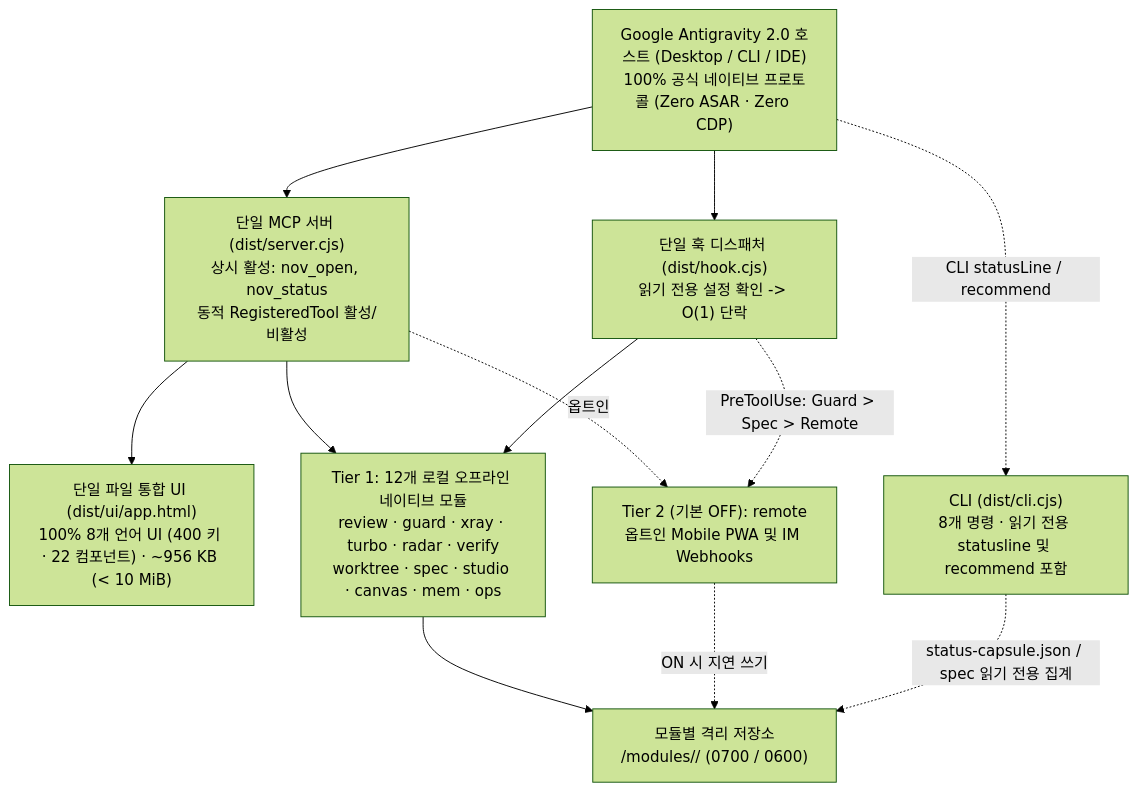
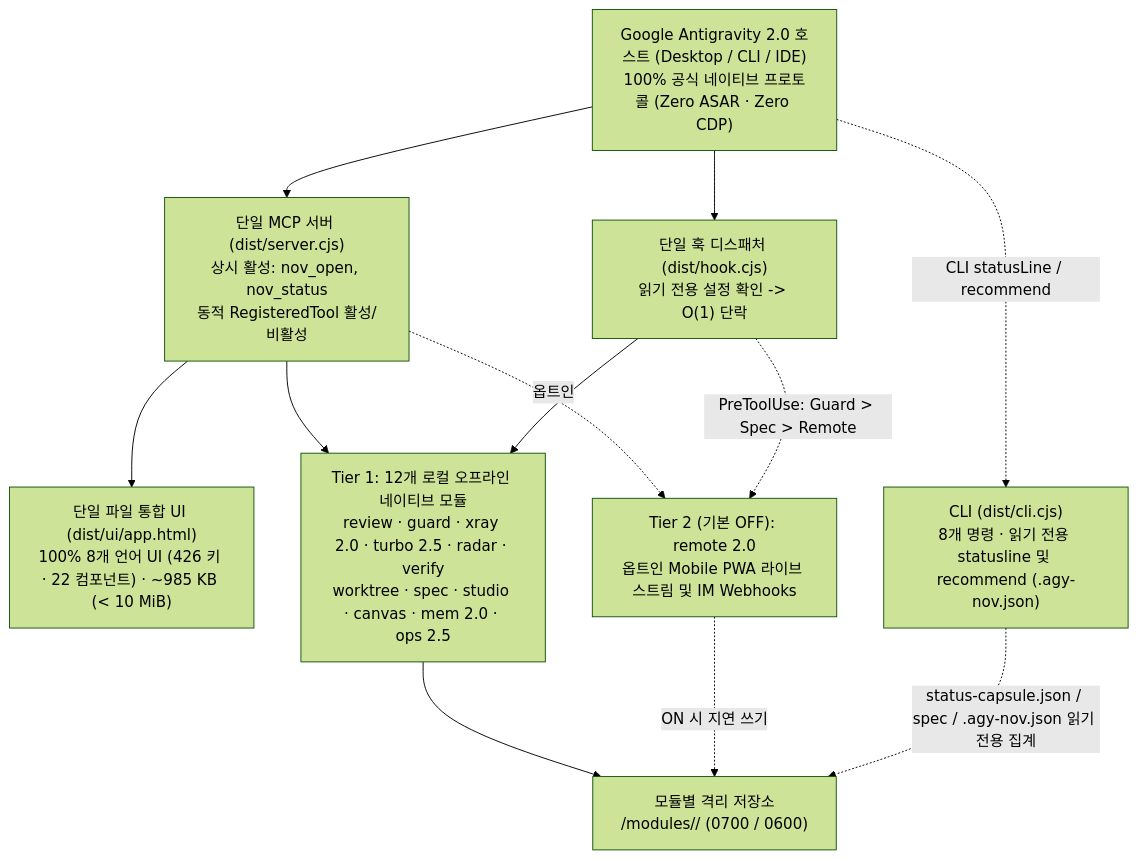
One commit to tone-leh/agy-NOV changed the diagram in docs/i18n/README.ko.md. Above: the diagram before and after it, drawn with Mermaid (forest theme). The commit also changed other lines of this file and 59 other files, not shown here.

Commit message:
feat(v0.6.0): Mem 2.0 progressive disclosure & <private>, Turbo 2.5 gain & 8.8KB guardrail, Remote 2.0 read-only stream, .agy-nov.json team preset & Ops 2.5

````diff
--- a/docs/i18n/README.ko.md
+++ b/docs/i18n/README.ko.md
@@ -221,23 +224,23 @@
 ```mermaid
 flowchart TB
   Host["Google Antigravity 2.0 호스트 (Desktop / CLI / IDE)\n100% 공식 네이티브 프로토콜 (Zero ASAR · Zero CDP)"]
   MCP["단일 MCP 서버 (dist/server.cjs)\n상시 활성: nov_open, nov_status\n동적 RegisteredTool 활성/비활성"]
-  UI["단일 파일 통합 UI (dist/ui/app.html)\n100% 8개 언어 UI (400 키 · 22 컴포넌트) · ~956 KB (< 10 MiB)"]
+  UI["단일 파일 통합 UI (dist/ui/app.html)\n100% 8개 언어 UI (426 키 · 22 컴포넌트) · ~985 KB (< 10 MiB)"]
   Hook["단일 훅 디스패처 (dist/hook.cjs)\n읽기 전용 설정 확인 -> O(1) 단락"]
-  CLI["CLI (dist/cli.cjs)\n8개 명령 · 읽기 전용 statusline 및 recommend 포함"]
+  CLI["CLI (dist/cli.cjs)\n8개 명령 · 읽기 전용 statusline 및 recommend (.agy-nov.json)"]
   Store["모듈별 격리 저장소\n<dataDir>/modules/<id>/ (0700 / 0600)"]
-  T1["Tier 1: 12개 로컬 오프라인 네이티브 모듈\nreview · guard · xray · turbo · radar · verify\nworktree · spec · studio · canvas · mem · ops"]
-  T2R["Tier 2 (기본 OFF): remote\n옵트인 Mobile PWA 및 IM Webhooks"]
+  T1["Tier 1: 12개 로컬 오프라인 네이티브 모듈\nreview · guard · xray 2.0 · turbo 2.5 · radar · verify\nworktree · spec · studio · canvas · mem 2.0 · ops 2.5"]
+  T2R["Tier 2 (기본 OFF): remote 2.0\n옵트인 Mobile PWA 라이브 스트림 및 IM Webhooks"]
 
   Host --> MCP
   Host --> Hook
   Host -. "CLI statusLine / recommend" .-> CLI
   MCP --> UI
   MCP --> T1
   MCP -. "옵트인" .-> T2R
   Hook --> T1
   Hook -. "PreToolUse: Guard > Spec > Remote" .-> T2R
   T1 --> Store
   T2R -. "ON 시 지연 쓰기" .-> Store
-  CLI -. "status-capsule.json / spec 읽기 전용 집계" .-> Store
+  CLI -. "status-capsule.json / spec / .agy-nov.json 읽기 전용 집계" .-> Store
 ```
````
